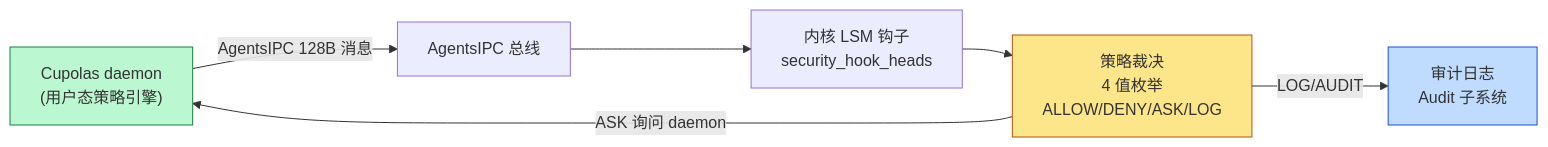
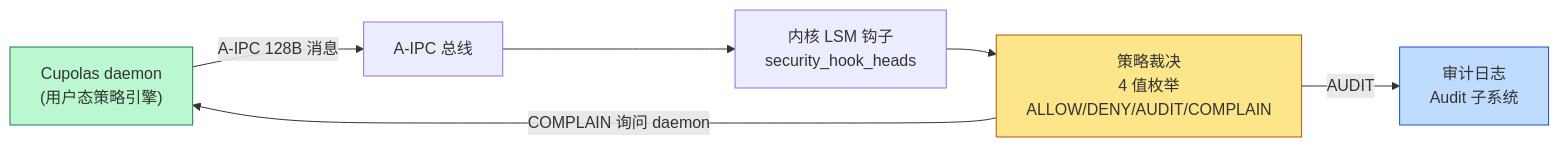
The fifth of 5 diagrams in 110-security/01-lsm-framework.md (openairymax/docs-linux), drawn with Mermaid before and after one commit. The commit also changed other lines of this file and 61 other files, not shown here.

````diff
--- a/110-security/01-lsm-framework.md
+++ b/110-security/01-lsm-framework.md
@@ -602,11 +632,11 @@
 ```mermaid
 graph LR
-    A["Cupolas daemon<br/>(用户态策略引擎)"] -->|"AgentsIPC 128B 消息"| B["AgentsIPC 总线"]
+    A["Cupolas daemon<br/>(用户态策略引擎)"] -->|"A-IPC 128B 消息"| B["A-IPC 总线"]
     B --> C["内核 LSM 钩子<br/>security_hook_heads"]
-    C --> D["策略裁决<br/>4 值枚举<br/>ALLOW/DENY/ASK/LOG"]
-    D -->|"ASK 询问 daemon"| A
-    D -->|"LOG/AUDIT"| E["审计日志<br/>Audit 子系统"]
+    C --> D["策略裁决<br/>4 值枚举<br/>ALLOW/DENY/AUDIT/COMPLAIN"]
+    D -->|"COMPLAIN 询问 daemon"| A
+    D -->|"AUDIT"| E["审计日志<br/>Audit 子系统"]
     style A fill:#bbf7d0,stroke:#15803d
     style D fill:#fde68a,stroke:#b45309
     style E fill:#bfdbfe,stroke:#1d4ed8
 ```
````
